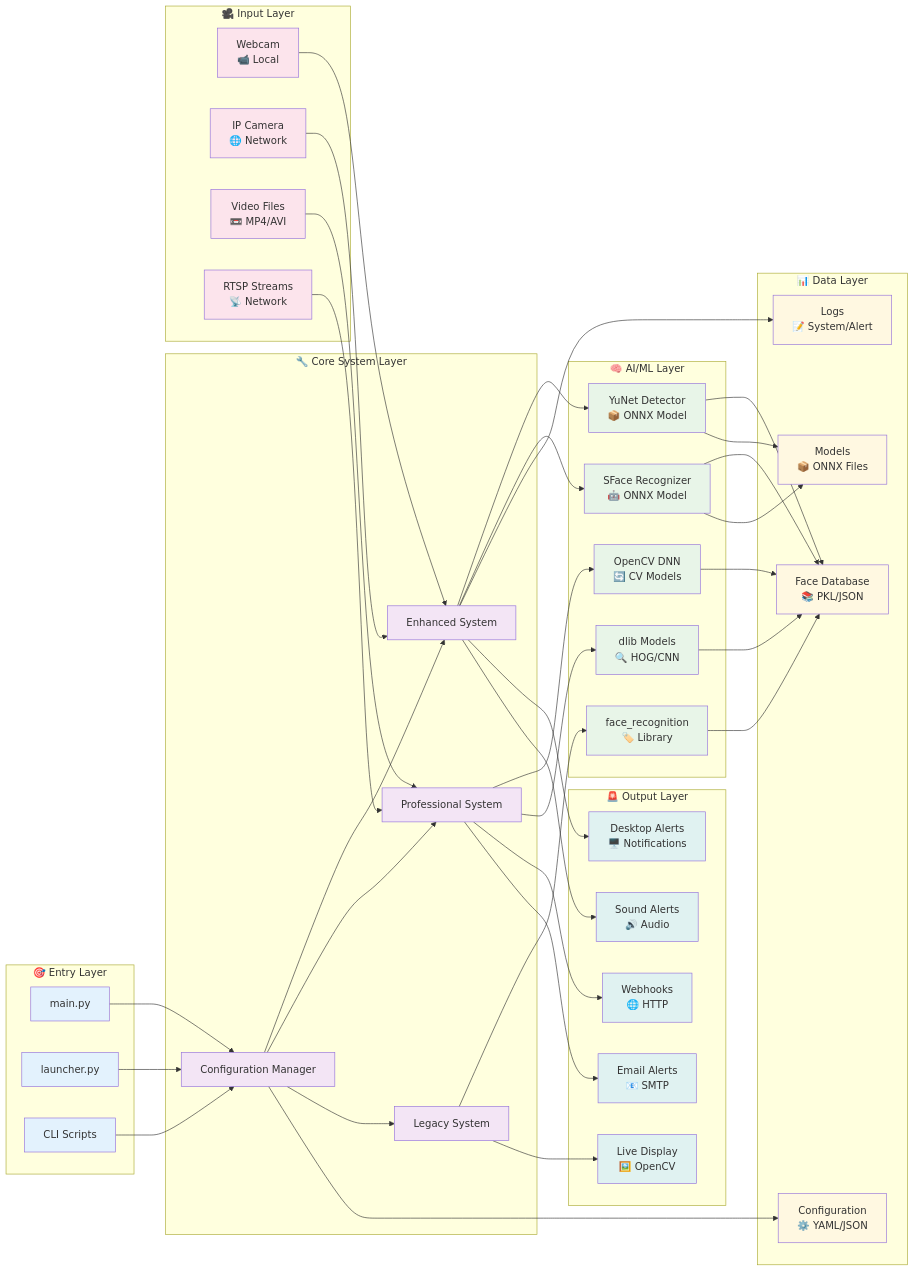
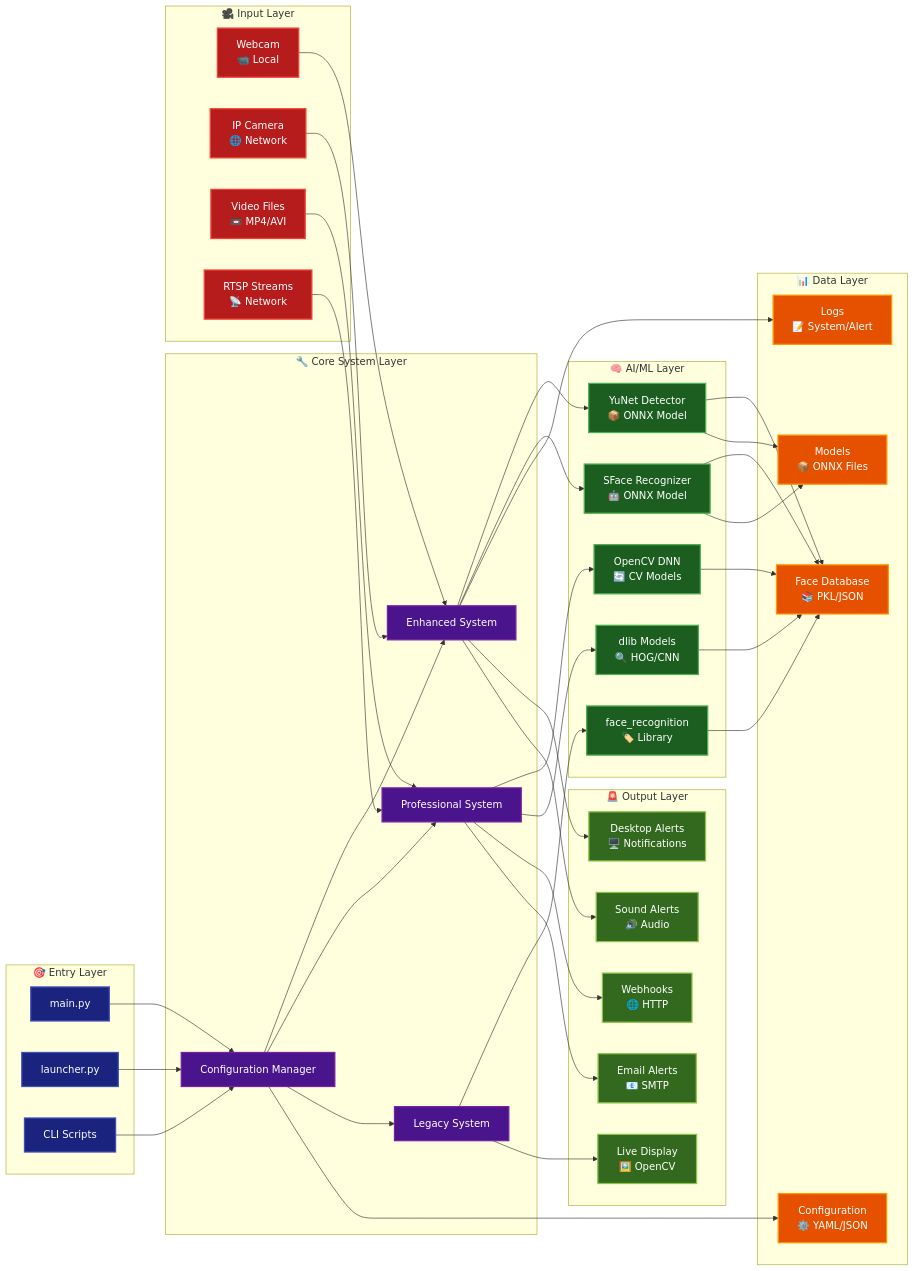
One commit to ItzSwapnil/Facial_Recognition changed the second of 3 diagrams in project_flowchart.md. Above: the diagram before and after it, drawn with Mermaid. The commit also changed other lines of this file, not shown here.

Commit message:
Add project flowchart and architecture diagrams for facial recognition system

```diff
--- a/project_flowchart.md
+++ b/project_flowchart.md
@@ -245,13 +245,13 @@
     E --> X
     F --> Y
     
-    %% Styling
-    classDef entry fill:#e3f2fd
-    classDef core fill:#f3e5f5
-    classDef ai fill:#e8f5e8
-    classDef data fill:#fff8e1
-    classDef input fill:#fce4ec
-    classDef output fill:#e0f2f1
+    %% Styling - Dark Mode Friendly
+    classDef entry fill:#1a237e,stroke:#3f51b5,stroke-width:2px,color:#ffffff
+    classDef core fill:#4a148c,stroke:#7b1fa2,stroke-width:2px,color:#ffffff
+    classDef ai fill:#1b5e20,stroke:#4caf50,stroke-width:2px,color:#ffffff
+    classDef data fill:#e65100,stroke:#ff9800,stroke-width:2px,color:#ffffff
+    classDef input fill:#b71c1c,stroke:#f44336,stroke-width:2px,color:#ffffff
+    classDef output fill:#33691e,stroke:#8bc34a,stroke-width:2px,color:#ffffff
     
     class A,B,C entry
     class D,E,F,G core
```
